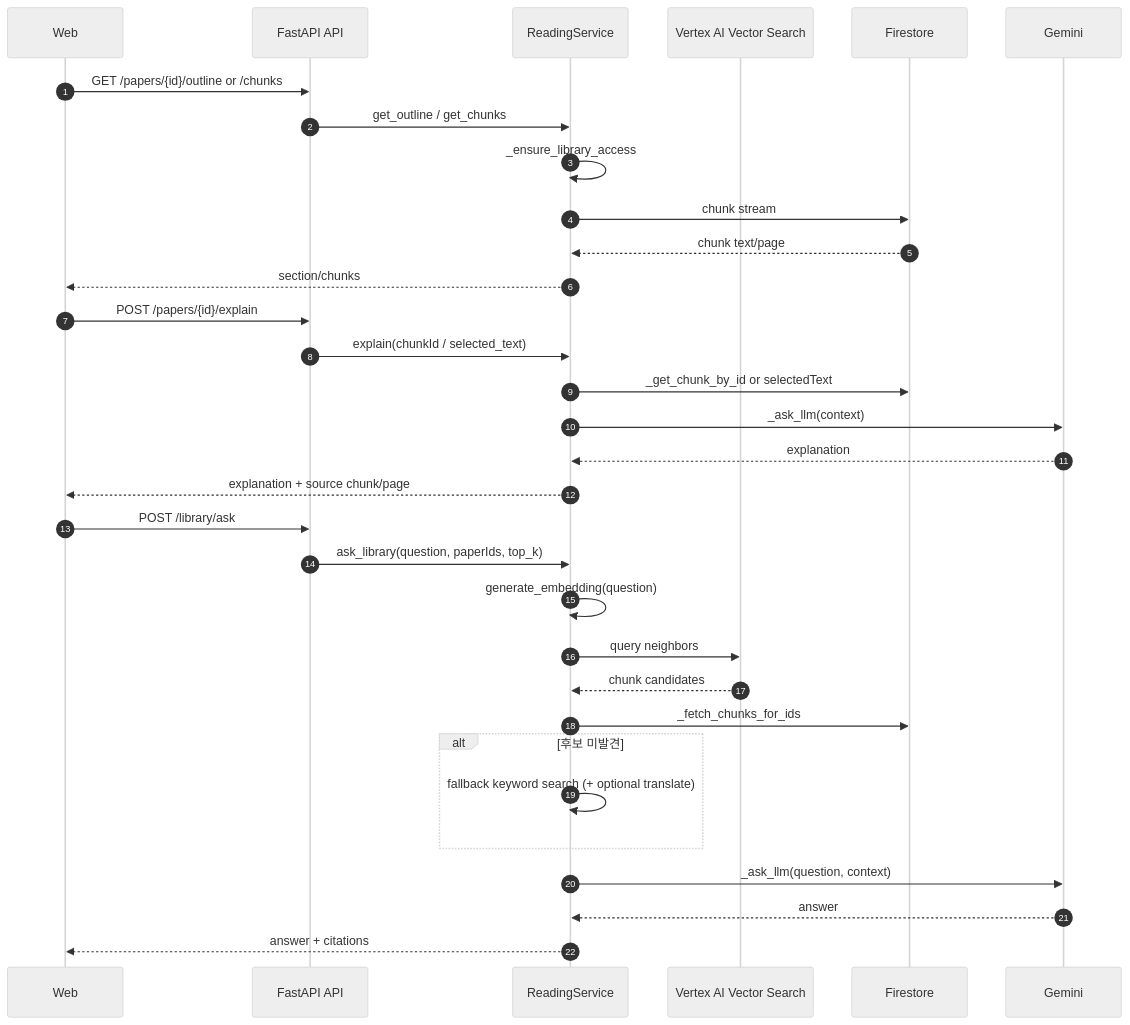
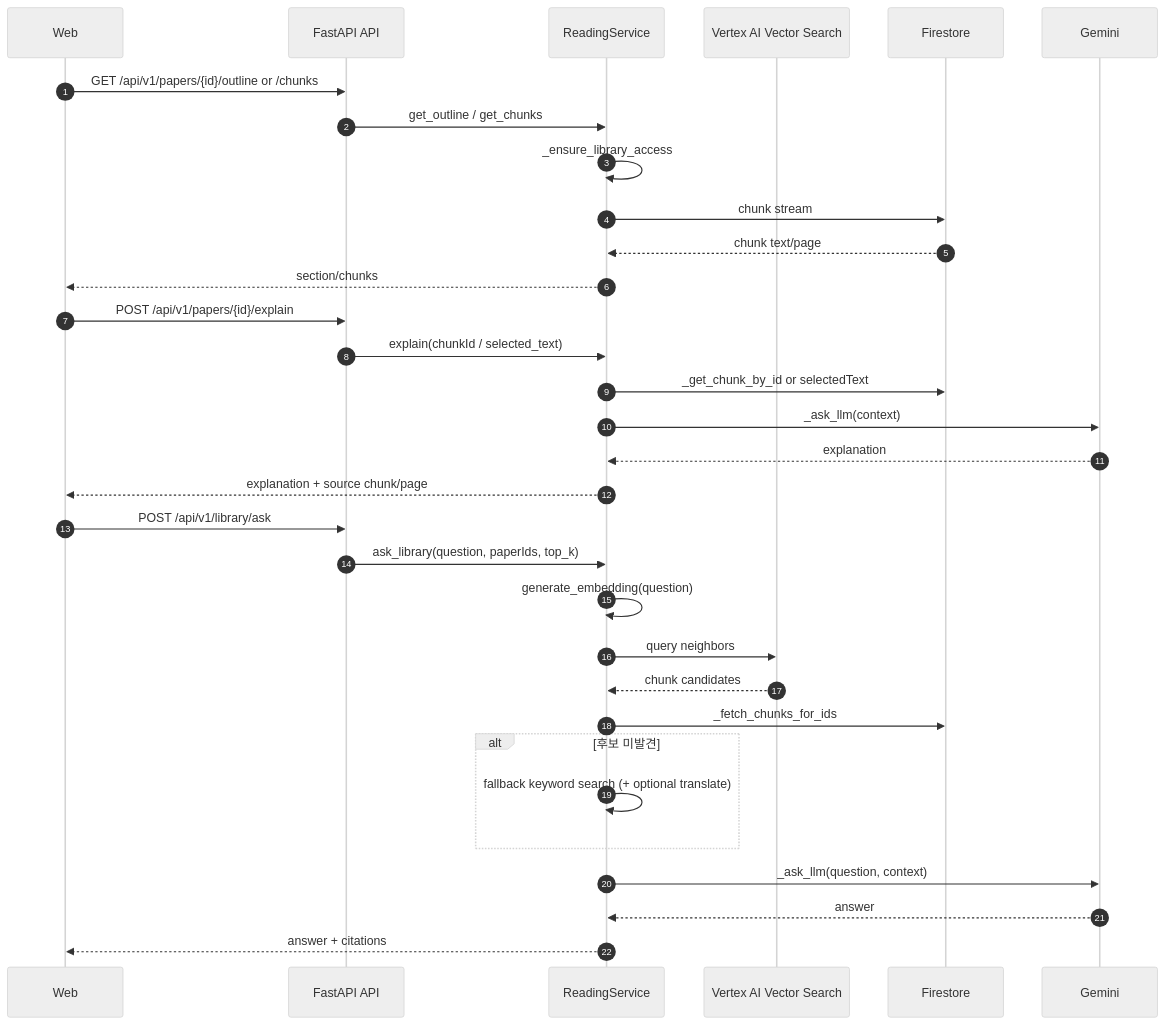
Diagram 12 of 15 in 프로젝트_서비스_구조_및_도메인별_기능서.md (hwacho9/ai-paper), drawn with Mermaid (neutral theme) before and after one commit. The commit also changed other lines of this file and 1 other file, not shown here.

First line of the commit message:
feat: Add comprehensive documentation for AI Paper project architecture and domain logic

````diff
--- a/프로젝트_서비스_구조_및_도메인별_기능서.md
+++ b/프로젝트_서비스_구조_및_도메인별_기능서.md
@@ -851,37 +809,37 @@
 ```mermaid
 sequenceDiagram
   autonumber
   participant W as Web
   participant API as FastAPI API
   participant RS as ReadingService
   participant VS as Vertex AI Vector Search
   participant FS as Firestore
   participant LLM as Gemini
 
-  W->>API: GET /papers/{id}/outline or /chunks
+  W->>API: GET /api/v1/papers/{id}/outline or /chunks
   API->>RS: get_outline / get_chunks
   RS->>RS: _ensure_library_access
   RS->>FS: chunk stream
   FS-->>RS: chunk text/page
   RS-->>W: section/chunks
 
-  W->>API: POST /papers/{id}/explain
+  W->>API: POST /api/v1/papers/{id}/explain
   API->>RS: explain(chunkId / selected_text)
   RS->>FS: _get_chunk_by_id or selectedText
   RS->>LLM: _ask_llm(context)
   LLM-->>RS: explanation
   RS-->>W: explanation + source chunk/page
 
-  W->>API: POST /library/ask
+  W->>API: POST /api/v1/library/ask
   API->>RS: ask_library(question, paperIds, top_k)
   RS->>RS: generate_embedding(question)
   RS->>VS: query neighbors
   VS-->>RS: chunk candidates
   RS->>FS: _fetch_chunks_for_ids
   alt 후보 미발견
     RS->>RS: fallback keyword search (+ optional translate)
   end
   RS->>LLM: _ask_llm(question, context)
   LLM-->>RS: answer
   RS-->>W: answer + citations
 ```
````
